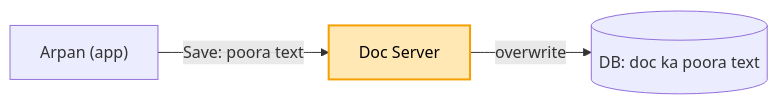
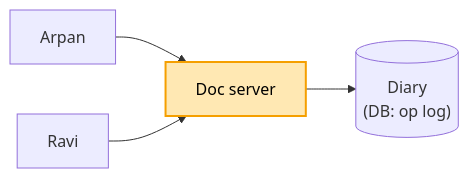
The first of 4 diagrams in 04_HLD/SYSTEM_DESIGNS/11_google_docs_collab/11_google_docs_collab.md (ArpanMaheshwari144/Prep), drawn with Mermaid before and after one commit. The commit also changed other lines of this file and 13 other files, not shown here.

````diff
--- a/04_HLD/SYSTEM_DESIGNS/11_google_docs_collab/11_google_docs_collab.md
+++ b/04_HLD/SYSTEM_DESIGNS/11_google_docs_collab/11_google_docs_collab.md
@@ -56,6 +35,7 @@
 ```mermaid
 flowchart LR
-    A["Arpan (app)"] -- "Save: poora text" --> S["Doc Server"]
-    S -- "overwrite" --> D[("DB: doc ka poora text")]
+    A["Arpan"] --> S["Doc server"]
+    R["Ravi"] --> S
+    S --> D[("Diary<br/>(DB: op log)")]
     style S fill:#ffe8b3,stroke:#f59f00,stroke-width:2px,color:#000
 ```
````
